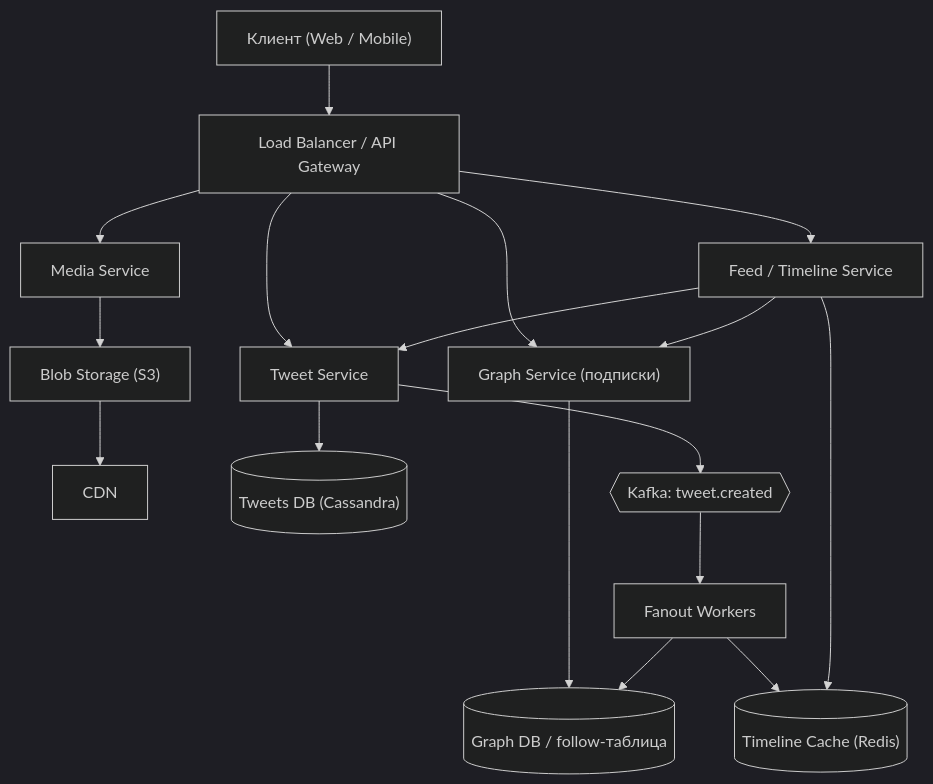
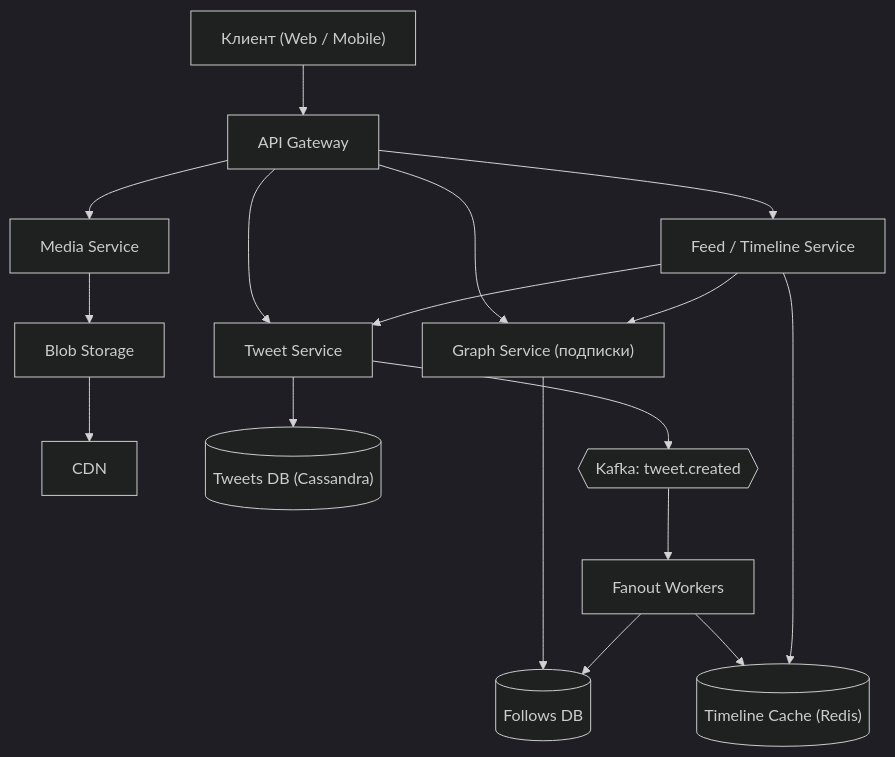
The first of 6 diagrams in 02-case-studies/twitter-feed.md (AlohaJava/system-design-interview-chamkin), drawn with Mermaid (dark theme) before and after one commit. The commit also changed other lines of this file and 49 other files, not shown here.

````diff
--- a/02-case-studies/twitter-feed.md
+++ b/02-case-studies/twitter-feed.md
@@ -98,22 +104,22 @@
 ```mermaid
 graph TD
-    Client["Клиент (Web / Mobile)"] --> LB["Load Balancer / API Gateway"]
+    Client["Клиент (Web / Mobile)"] --> LB["API Gateway"]
     LB --> TweetSvc["Tweet Service"]
     LB --> FeedSvc["Feed / Timeline Service"]
     LB --> GraphSvc["Graph Service (подписки)"]
     LB --> MediaSvc["Media Service"]
 
-    MediaSvc --> S3["Blob Storage (S3)"]
+    MediaSvc --> S3["Blob Storage"]
     S3 --> CDN["CDN"]
 
     TweetSvc --> TweetDB[("Tweets DB (Cassandra)")]
-    GraphSvc --> GraphDB[("Graph DB / follow-таблица")]
+    GraphSvc --> GraphDB[("Follows DB")]
     TweetSvc --> Kafka{{"Kafka: tweet.created"}}
 
     Kafka --> Fanout["Fanout Workers"]
     Fanout --> GraphDB
     Fanout --> Redis[("Timeline Cache (Redis)")]
     FeedSvc --> Redis
     FeedSvc --> TweetSvc
     FeedSvc --> GraphSvc
 ```
````
